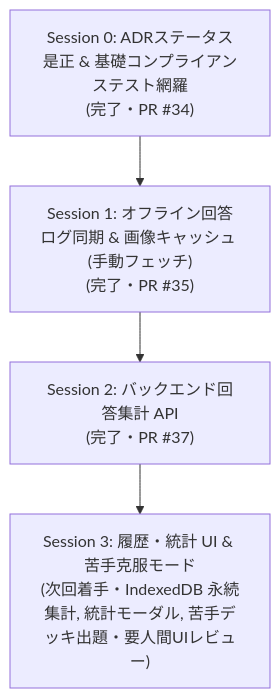
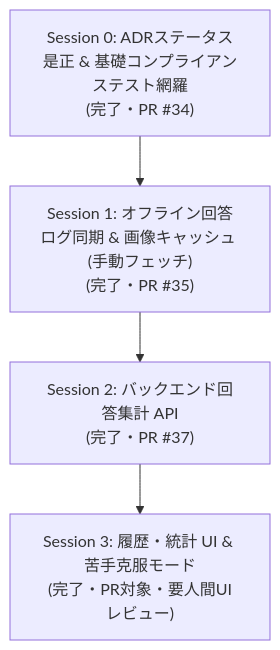
One commit to AobaIwaki123/penlight-v2 changed the diagram in docs/notes/13_adr_gap_resolution_and_session_roadmap.md. Above: the diagram before and after it, drawn with Mermaid. The commit also changed other lines of this file and 6 other files, not shown here.

````diff
--- a/docs/notes/13_adr_gap_resolution_and_session_roadmap.md
+++ b/docs/notes/13_adr_gap_resolution_and_session_roadmap.md
@@ -29,9 +29,9 @@
 ```mermaid
 flowchart TD
     S0["Session 0: ADRステータス是正 & 基礎コンプライアンステスト網羅<br/>(完了・PR #34)"]
     S1["Session 1: オフライン回答ログ同期 & 画像キャッシュ (手動フェッチ)<br/>(完了・PR #35)"]
     S2["Session 2: バックエンド回答集計 API<br/>(完了・PR #37)"]
-    S3["Session 3: 履歴・統計 UI & 苦手克服モード<br/>(次回着手・IndexedDB 永続集計, 統計モーダル, 苦手デッキ出題・要人間UIレビュー)"]
+    S3["Session 3: 履歴・統計 UI & 苦手克服モード<br/>(完了・PR対象・要人間UIレビュー)"]
 
     S0 --> S1 --> S2 --> S3
 ```
````
